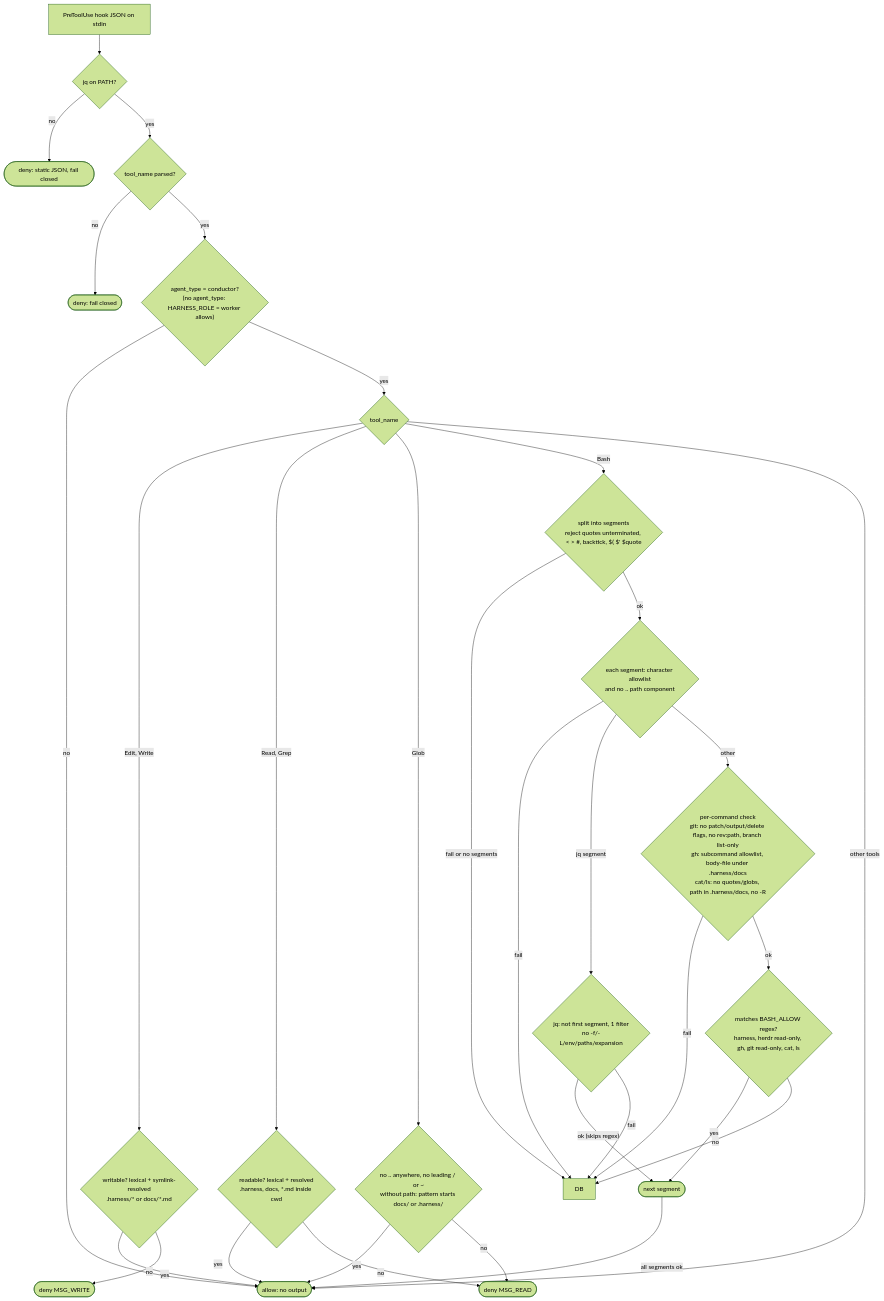
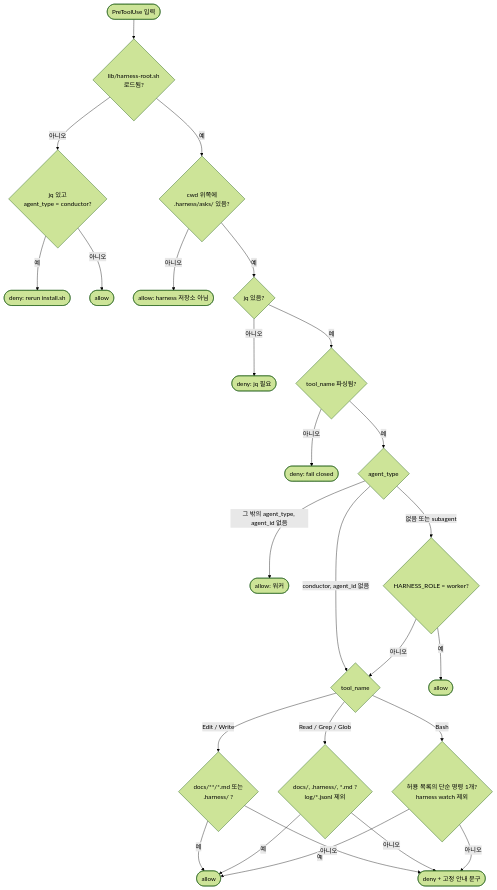
The third of 4 diagrams in docs/architecture.md (geonhos/claude-code-setup), drawn with Mermaid (forest theme) before and after one commit. The commit also changed other lines of this file and 20 other files, not shown here.

Commit message:
docs: rewrite architecture.md with inline mermaid; delete docs/diagrams

````diff
--- a/docs/architecture.md
+++ b/docs/architecture.md
@@ -170,33 +50,24 @@
 ```mermaid
 flowchart TD
-  A["PreToolUse hook JSON on stdin"] --> J{"jq on PATH?"}
-  J -- no --> DJ([deny: static JSON, fail closed])
-  J -- yes --> P{"tool_name parsed?"}
-  P -- no --> DP([deny: fail closed])
-  P -- yes --> R{"agent_type = conductor?<br/>(no agent_type: HARNESS_ROLE = worker allows)"}
-  R -- no --> OK([allow: no output])
-  R -- yes --> T{"tool_name"}
-  T -- "Edit, Write" --> WR{"writable? lexical + symlink-resolved<br/>.harness/* or docs/*.md"}
-  WR -- yes --> OK
-  WR -- no --> DW([deny MSG_WRITE])
-  T -- "Read, Grep" --> RD{"readable? lexical + resolved<br/>.harness, docs, *.md inside cwd"}
-  RD -- yes --> OK
-  RD -- no --> DR([deny MSG_READ])
-  T -- Glob --> GL{"no .. anywhere, no leading / or ~<br/>without path: pattern starts docs/ or .harness/"}
-  GL -- yes --> OK
-  GL -- no --> DR
-  T -- Bash --> S1{"split into segments<br/>reject quotes unterminated, &lt; &gt; #, backtick, $( $' $quote"}
-  S1 -- "fail or no segments" --> DB
-  S1 -- ok --> S2{"each segment: character allowlist<br/>and no .. path component"}
-  S2 -- fail --> DB
-  S2 -- "jq segment" --> JQ{"jq: not first segment, 1 filter<br/>no -f/-L/env/paths/expansion"}
-  JQ -- "ok (skips regex)" --> NX(["next segment"])
-  JQ -- fail --> DB
-  S2 -- "other" --> S3{"per-command check<br/>git: no patch/output/delete flags, no rev:path, branch list-only<br/>gh: subcommand allowlist, body-file under .harness/docs<br/>cat/ls: no quotes/globs, path in .harness/docs, no -R"}
-  S3 -- fail --> DB
-  S3 -- ok --> S4{"matches BASH_ALLOW regex?<br/>harness, herdr read-only, gh, git read-only, cat, ls"}
-  S4 -- yes --> NX
-  NX -- "all segments ok" --> OK
-  S4 -- no --> DB
-  T -- other tools --> OK
+  IN([PreToolUse 입력]) --> LIB{"lib/harness-root.sh<br/>로드됨?"}
+  LIB -- "아니오" --> LJQ{"jq 있고<br/>agent_type = conductor?"}
+  LJQ -- "예" --> LD(["deny: rerun install.sh"])
+  LJQ -- "아니오" --> AL0([allow])
+  LIB -- "예" --> ROOT{"cwd 위쪽에<br/>.harness/asks/ 있음?"}
+  ROOT -- "아니오" --> AL1(["allow: harness 저장소 아님"])
+  ROOT -- "예" --> JQ{"jq 있음?"}
+  JQ -- "아니오" --> JD(["deny: jq 필요"])
+  JQ -- "예" --> PARSE{"tool_name 파싱됨?"}
+  PARSE -- "아니오" --> PD(["deny: fail closed"])
+  PARSE -- "예" --> AT{"agent_type"}
+  AT -- "conductor, agent_id 없음" --> TOOL
+  AT -- "그 밖의 agent_type, agent_id 없음" --> AL2([allow: 워커])
+  AT -- "없음 또는 subagent" --> ENV{"HARNESS_ROLE = worker?"}
+  ENV -- "예" --> AL3([allow])
+  ENV -- "아니오" --> TOOL{"tool_name"}
+  TOOL -- "Edit / Write" --> W{"docs/**/*.md 또는<br/>.harness/ ?"}
+  TOOL -- "Read / Grep / Glob" --> RD{"docs/, .harness/, *.md ?<br/>log/*.jsonl 제외"}
+  TOOL -- "Bash" --> B{"허용 목록의 단순 명령 1개?<br/>harness watch 제외"}
+  W & RD & B -- "예" --> AL4([allow])
+  W & RD & B -- "아니오" --> DN(["deny + 고정 안내 문구"])
 ```
````
